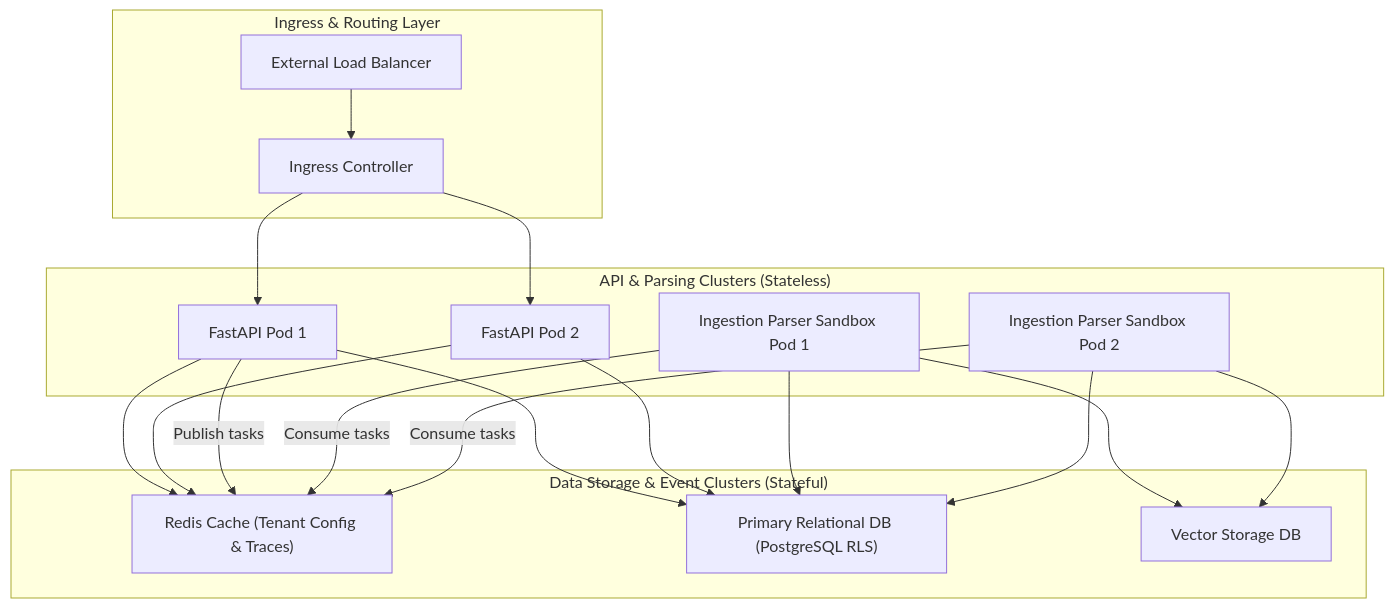
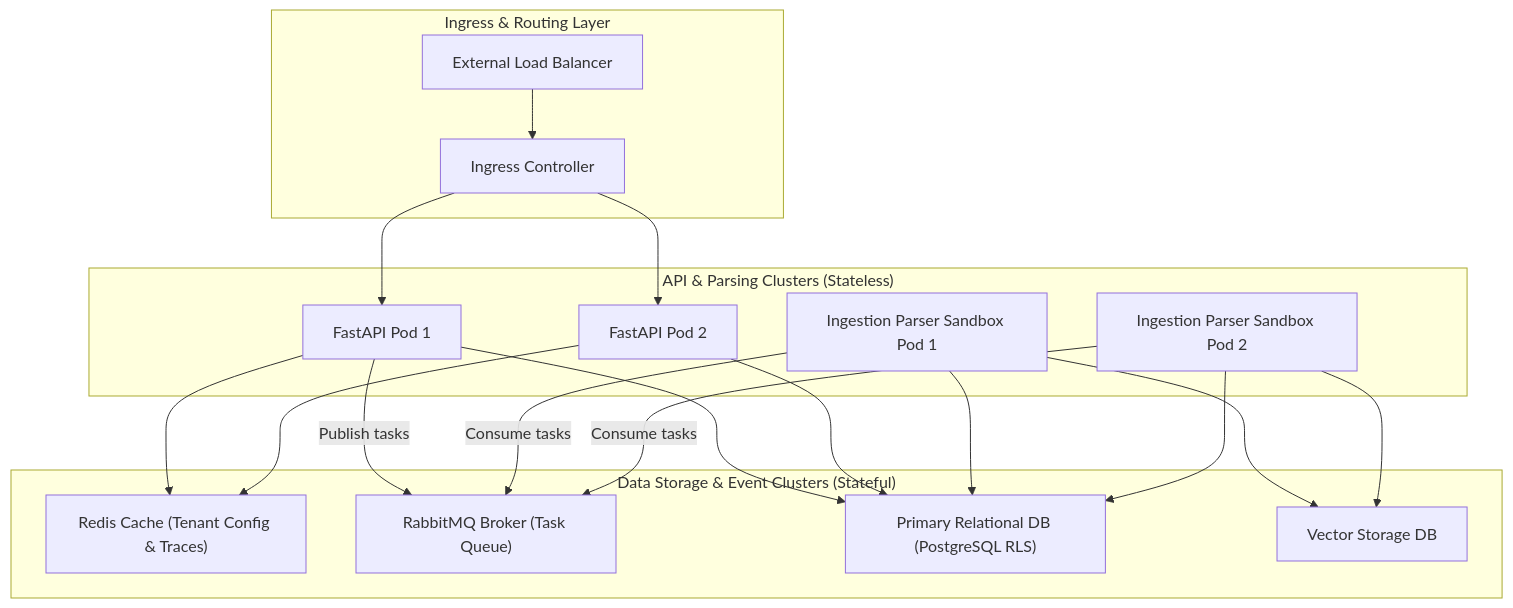
Before and after one commit to prat3010/retriever: the seventh of 7 diagrams in docs/architecture.md, drawn with Mermaid. The commit also changed other lines of this file and 79 other files, not shown here.

````diff
--- a/docs/architecture.md
+++ b/docs/architecture.md
@@ -641,42 +642,43 @@
 ```mermaid
 graph TB
     subgraph IngressLayer["Ingress & Routing Layer"]
         LB["External Load Balancer"]
         Ingress["Ingress Controller"]
     end
 
     subgraph ServiceLayer["API & Parsing Clusters (Stateless)"]
         APIPod1["FastAPI Pod 1"]
         APIPod2["FastAPI Pod 2"]
         WorkerPod1["Ingestion Parser Sandbox Pod 1"]
         WorkerPod2["Ingestion Parser Sandbox Pod 2"]
     end
 
     subgraph StateLayer["Data Storage & Event Clusters (Stateful)"]
         RedisCluster["Redis Cache (Tenant Config & Traces)"]
+        RabbitMQ["RabbitMQ Broker (Task Queue)"]
         PostgresCluster["Primary Relational DB (PostgreSQL RLS)"]
         VectorStoreCluster["Vector Storage DB"]
     end
 
     %% Routing Flow
     LB --> Ingress
     Ingress --> APIPod1
     Ingress --> APIPod2
 
     %% API to Storage
     APIPod1 --> RedisCluster
     APIPod2 --> RedisCluster
     APIPod1 --> PostgresCluster
     APIPod2 --> PostgresCluster
     
-    %% Async parsing trigger
-    APIPod1 -->|Publish tasks| RedisCluster
-    WorkerPod1 -->|Consume tasks| RedisCluster
-    WorkerPod2 -->|Consume tasks| RedisCluster
+    %% Async parsing trigger via RabbitMQ (ADR-004)
+    APIPod1 -->|Publish tasks| RabbitMQ
+    WorkerPod1 -->|Consume tasks| RabbitMQ
+    WorkerPod2 -->|Consume tasks| RabbitMQ
     
     %% Workers to DB
     WorkerPod1 --> PostgresCluster
     WorkerPod2 --> PostgresCluster
     WorkerPod1 --> VectorStoreCluster
     WorkerPod2 --> VectorStoreCluster
 ```
````
